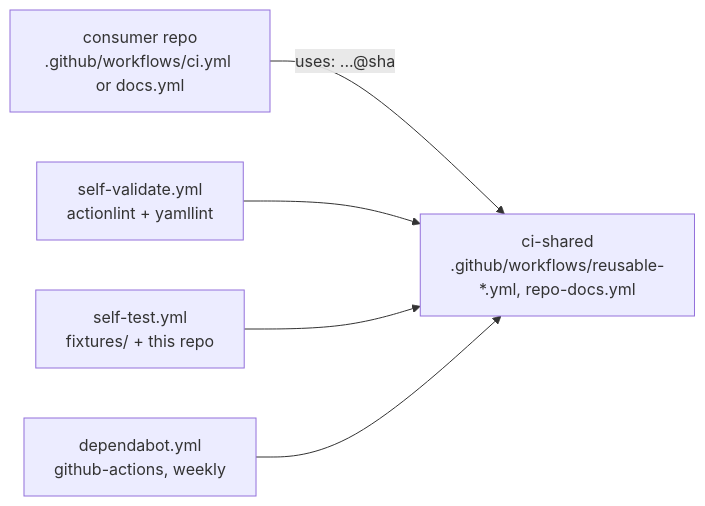
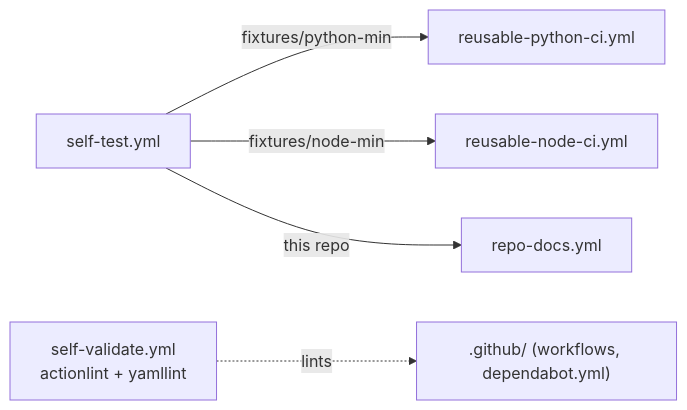
The second of 2 diagrams in README.md (salucallc/ci-shared), drawn with Mermaid before and after one commit. The commit also changed other lines of this file and 3 other files, not shown here.

First line of the commit message:
docs: call-graph diagrams, AGENTS.md orientation, intent-grouped llms.txt

````diff
--- a/README.md
+++ b/README.md
@@ -190,7 +223,7 @@
 ```mermaid
 flowchart LR
-  caller["consumer repo<br/>.github/workflows/ci.yml or docs.yml"] -- "uses: ...@sha" --> rw["ci-shared<br/>.github/workflows/reusable-*.yml, repo-docs.yml"]
-  sv["self-validate.yml<br/>actionlint + yamllint"] --> rw
-  st["self-test.yml<br/>fixtures/ + this repo"] --> rw
-  db["dependabot.yml<br/>github-actions, weekly"] --> rw
+  st["self-test.yml"] -- "fixtures/python-min" --> py["reusable-python-ci.yml"]
+  st -- "fixtures/node-min" --> node["reusable-node-ci.yml"]
+  st -- "this repo" --> rd["repo-docs.yml"]
+  sv["self-validate.yml<br/>actionlint + yamllint"] -. "lints" .-> wf[".github/ (workflows, dependabot.yml)"]
 ```
````
